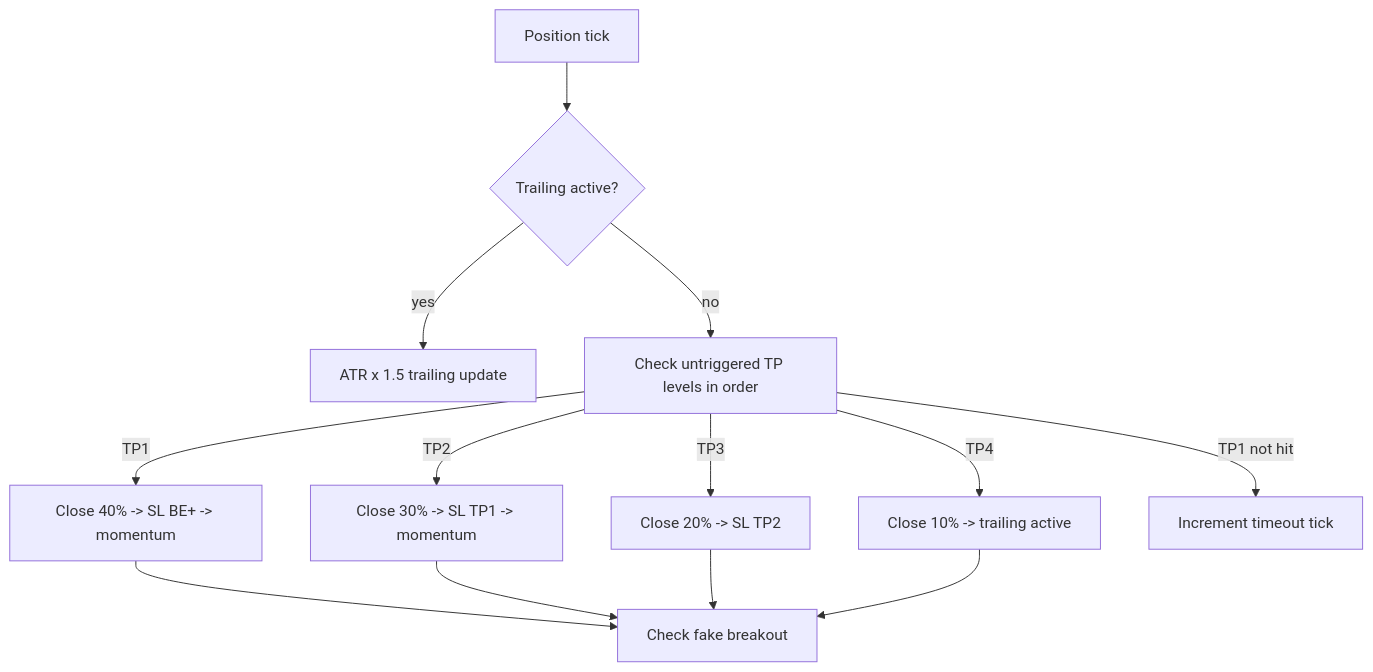
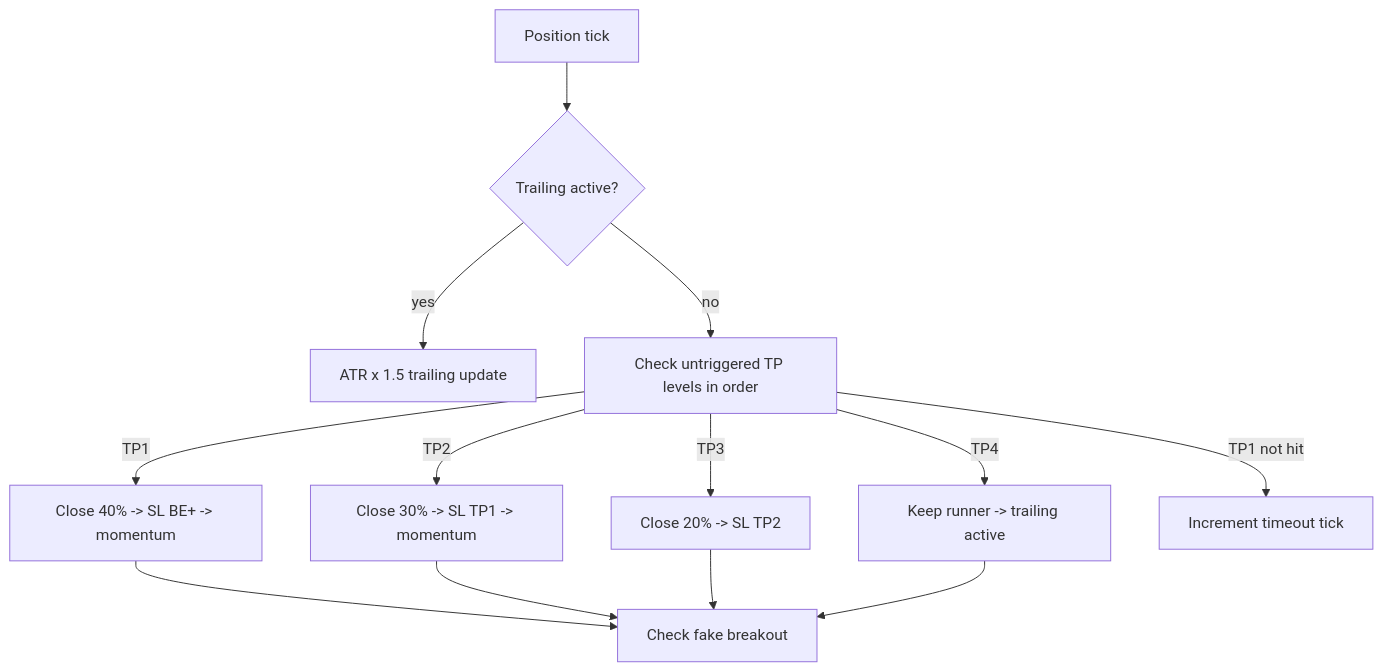
One commit to SamuiRo/EADrift changed the third of 3 diagrams in docs/FLOWS.md. Above: the diagram before and after it, drawn with Mermaid. The commit also changed other lines of this file and 9 other files, not shown here.

````diff
--- a/docs/FLOWS.md
+++ b/docs/FLOWS.md
@@ -117,15 +118,15 @@
 ```mermaid
 flowchart TD
     A["Position tick"] --> T{"Trailing active?"}
     T -->|yes| TR["ATR x 1.5 trailing update"]
     T -->|no| P["Check untriggered TP levels in order"]
     P -->|TP1| P1["Close 40% -> SL BE+ -> momentum"]
     P -->|TP2| P2["Close 30% -> SL TP1 -> momentum"]
     P -->|TP3| P3["Close 20% -> SL TP2"]
-    P -->|TP4| P4["Close 10% -> trailing active"]
+    P -->|TP4| P4["Keep runner -> trailing active"]
     P -->|TP1 not hit| TO["Increment timeout tick"]
     P1 --> FB["Check fake breakout"]
     P2 --> FB
     P3 --> FB
     P4 --> FB
 ```
````
